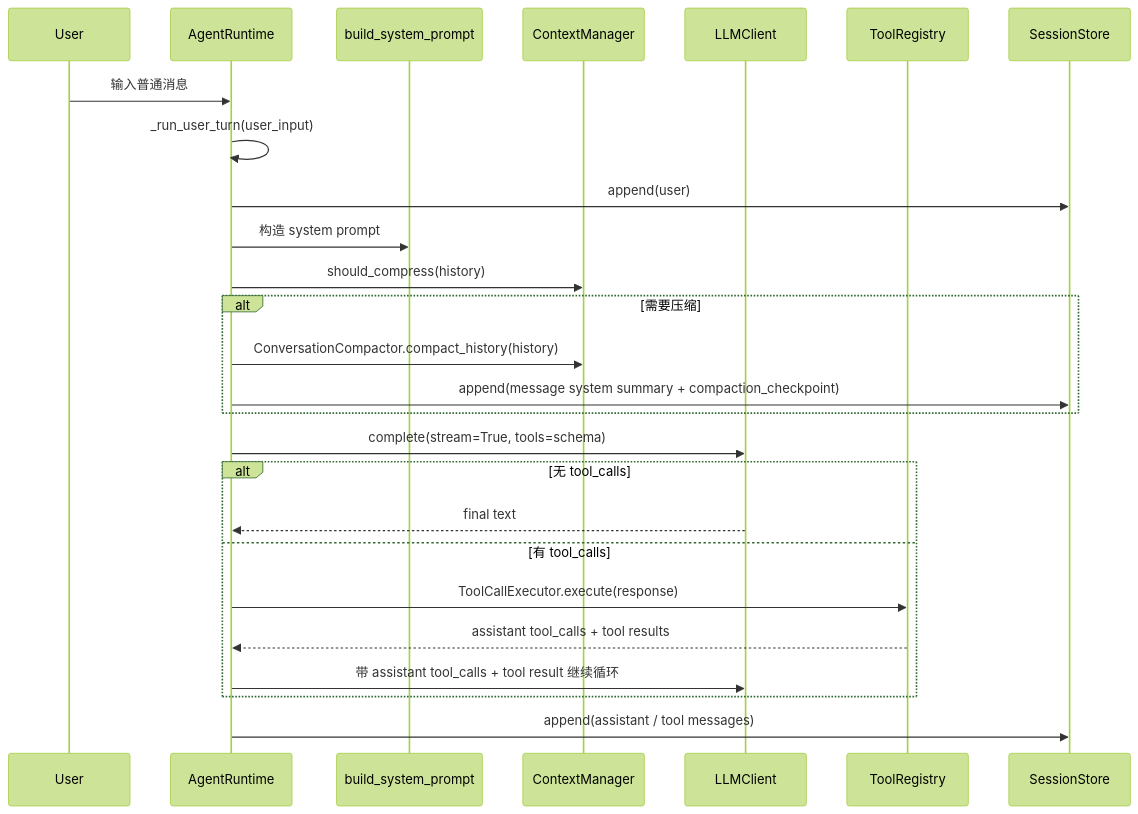
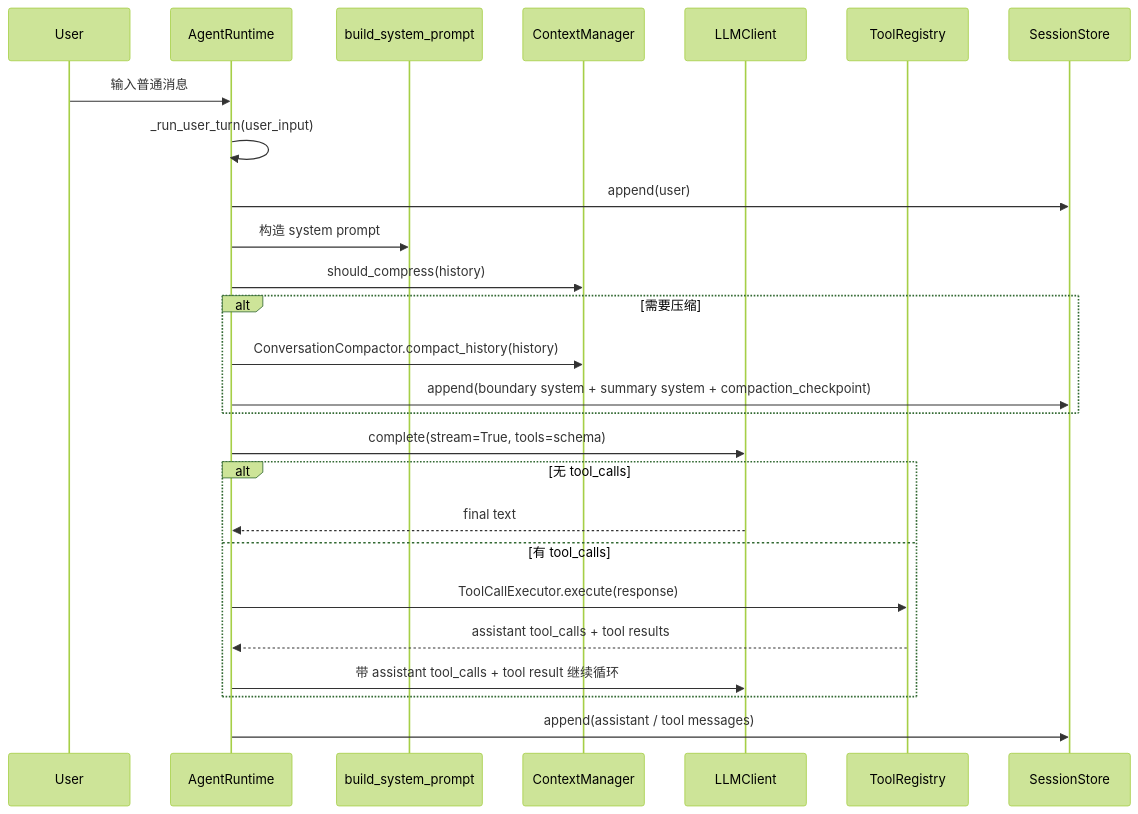
The second of 5 diagrams in docs/current/ARCHITECTURE.md (acofGDUT/Xcode), drawn with Mermaid (forest theme) before and after one commit. The commit also changed other lines of this file and 46 other files, not shown here.

````diff
--- a/docs/current/ARCHITECTURE.md
+++ b/docs/current/ARCHITECTURE.md
@@ -96,29 +96,29 @@
 ```mermaid
 sequenceDiagram
     participant U as User
     participant R as AgentRuntime
     participant P as build_system_prompt
     participant C as ContextManager
     participant L as LLMClient
     participant T as ToolRegistry
     participant S as SessionStore
 
     U->>R: 输入普通消息
     R->>R: _run_user_turn(user_input)
     R->>S: append(user)
     R->>P: 构造 system prompt
     R->>C: should_compress(history)
     alt 需要压缩
         R->>C: ConversationCompactor.compact_history(history)
-        R->>S: append(message system summary + compaction_checkpoint)
+        R->>S: append(boundary system + summary system + compaction_checkpoint)
     end
     R->>L: complete(stream=True, tools=schema)
     alt 无 tool_calls
         L-->>R: final text
     else 有 tool_calls
         R->>T: ToolCallExecutor.execute(response)
         T-->>R: assistant tool_calls + tool results
         R->>L: 带 assistant tool_calls + tool result 继续循环
     end
     R->>S: append(assistant / tool messages)
 ```
````
